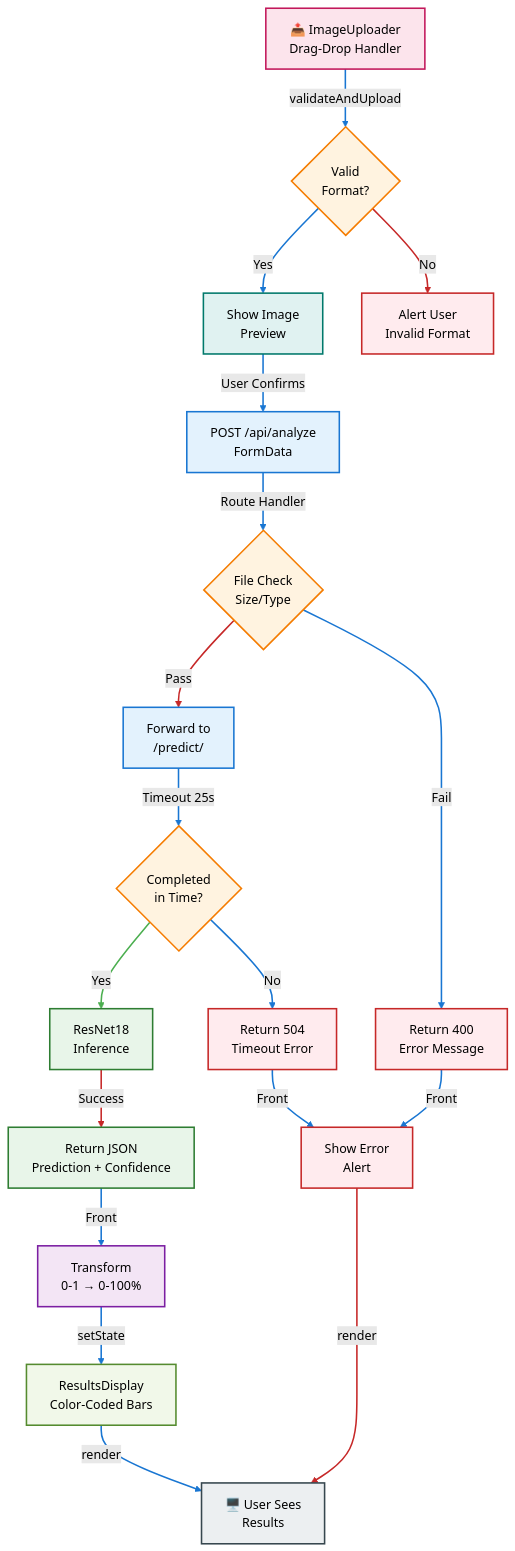
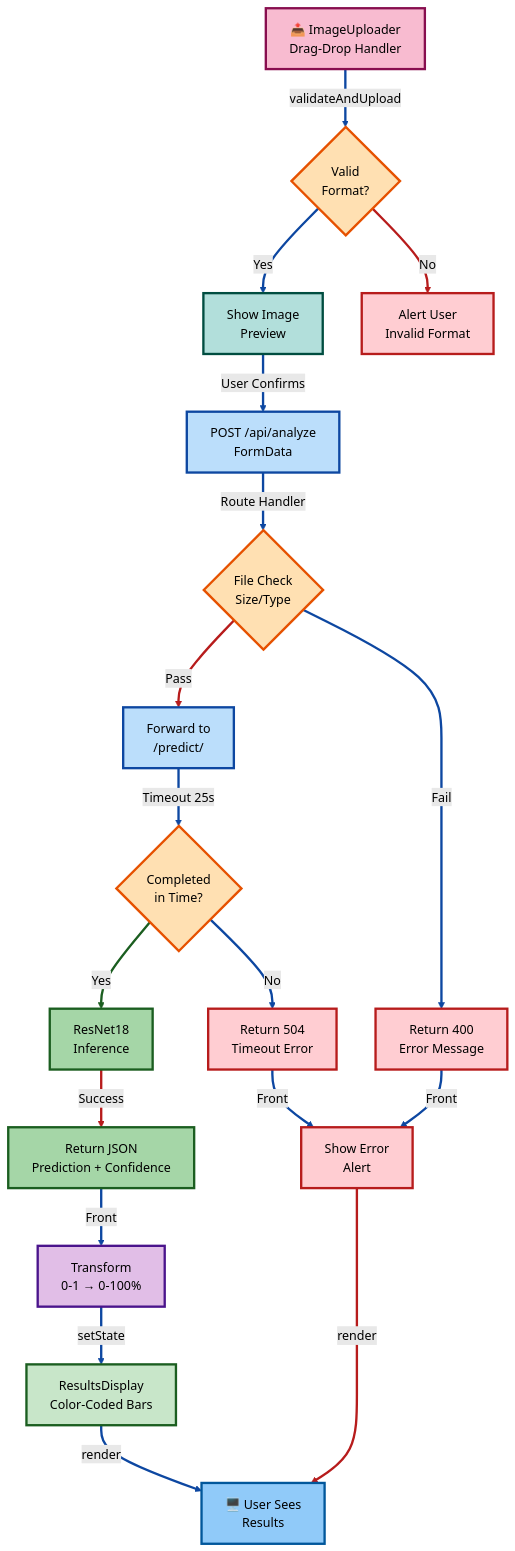
Before and after one commit to itssmdsh/MediScan: the fourth of 9 diagrams in DOCUMENTATION.md, drawn with Mermaid (forest theme). The commit also changed other lines of this file, not shown here.

````diff
--- a/DOCUMENTATION.md
+++ b/DOCUMENTATION.md
@@ -288,49 +288,49 @@
 ```mermaid
 graph TD
     ImageUploader["📤 ImageUploader<br/>Drag-Drop Handler"]
     
     ImageUploader -->|validateAndUpload| LocalCheck{"Valid<br/>Format?"}
     LocalCheck -->|Yes| DisplayPreview["Show Image<br/>Preview"]
     LocalCheck -->|No| ShowAlert["Alert User<br/>Invalid Format"]
     
     DisplayPreview -->|User Confirms| APICall["POST /api/analyze<br/>FormData"]
     
     APICall -->|Route Handler| FileValidation{"File Check<br/>Size/Type"}
     FileValidation -->|Pass| ForwardAPI["Forward to<br/>/predict/"]
     FileValidation -->|Fail| Return400["Return 400<br/>Error Message"]
     
     ForwardAPI -->|Timeout 25s| TimeoutCheck{"Completed<br/>in Time?"}
     TimeoutCheck -->|Yes| Inference["ResNet18<br/>Inference"]
     TimeoutCheck -->|No| Return504["Return 504<br/>Timeout Error"]
     
     Inference -->|Success| ReturnJSON["Return JSON<br/>Prediction + Confidence"]
     
     ReturnJSON -->|Front| Transform["Transform<br/>0-1 → 0-100%"]
     Return400 -->|Front| ShowError["Show Error<br/>Alert"]
     Return504 -->|Front| ShowError
     
     Transform -->|setState| Display["ResultsDisplay<br/>Color-Coded Bars"]
     Display -->|render| Browser["🖥️ User Sees<br/>Results"]
     ShowError -->|render| Browser
     
-    style ImageUploader fill:#fce4ec,stroke:#c2185b,stroke-width:2px
-    style LocalCheck fill:#fff3e0,stroke:#f57c00,stroke-width:2px
-    style FileValidation fill:#fff3e0,stroke:#f57c00,stroke-width:2px
-    style TimeoutCheck fill:#fff3e0,stroke:#f57c00,stroke-width:2px
-    style DisplayPreview fill:#e0f2f1,stroke:#00796b,stroke-width:2px
-    style ShowAlert fill:#ffebee,stroke:#c62828,stroke-width:2px
-    style APICall fill:#e3f2fd,stroke:#1976d2,stroke-width:2px
-    style ForwardAPI fill:#e3f2fd,stroke:#1976d2,stroke-width:2px
-    style Inference fill:#e8f5e9,stroke:#2e7d32,stroke-width:2px
-    style ReturnJSON fill:#e8f5e9,stroke:#2e7d32,stroke-width:2px
-    style Return400 fill:#ffebee,stroke:#c62828,stroke-width:2px
-    style Return504 fill:#ffebee,stroke:#c62828,stroke-width:2px
-    style Transform fill:#f3e5f5,stroke:#7b1fa2,stroke-width:2px
-    style Display fill:#f1f8e9,stroke:#558b2f,stroke-width:2px
-    style Browser fill:#eceff1,stroke:#37474f,stroke-width:2px
-    style ShowError fill:#ffebee,stroke:#c62828,stroke-width:2px
+    style ImageUploader fill:#f8bbd0,stroke:#880e4f,stroke-width:3px,color:#000
+    style LocalCheck fill:#ffe0b2,stroke:#e65100,stroke-width:3px,color:#000
+    style FileValidation fill:#ffe0b2,stroke:#e65100,stroke-width:3px,color:#000
+    style TimeoutCheck fill:#ffe0b2,stroke:#e65100,stroke-width:3px,color:#000
+    style DisplayPreview fill:#b2dfdb,stroke:#004d40,stroke-width:3px,color:#000
+    style ShowAlert fill:#ffcdd2,stroke:#b71c1c,stroke-width:3px,color:#000
+    style APICall fill:#bbdefb,stroke:#0d47a1,stroke-width:3px,color:#000
+    style ForwardAPI fill:#bbdefb,stroke:#0d47a1,stroke-width:3px,color:#000
+    style Inference fill:#a5d6a7,stroke:#1b5e20,stroke-width:3px,color:#000
+    style ReturnJSON fill:#a5d6a7,stroke:#1b5e20,stroke-width:3px,color:#000
+    style Return400 fill:#ffcdd2,stroke:#b71c1c,stroke-width:3px,color:#000
+    style Return504 fill:#ffcdd2,stroke:#b71c1c,stroke-width:3px,color:#000
+    style Transform fill:#e1bee7,stroke:#4a148c,stroke-width:3px,color:#000
+    style Display fill:#c8e6c9,stroke:#1b5e20,stroke-width:3px,color:#000
+    style Browser fill:#90caf9,stroke:#01579b,stroke-width:3px,color:#000
+    style ShowError fill:#ffcdd2,stroke:#b71c1c,stroke-width:3px,color:#000
     
-    linkStyle 0,1,2,3,4,5,6,7,8,9,10,11,12,13,14,15,16 stroke:#1976d2,stroke-width:2px
-    linkStyle 2,5,10,16 stroke:#c62828,stroke-width:2px
-    linkStyle 8 stroke:#4caf50,stroke-width:2px
+    linkStyle 0,1,2,3,4,5,6,7,8,9,10,11,12,13,14,15,16 stroke:#0d47a1,stroke-width:3px
+    linkStyle 2,5,10,16 stroke:#b71c1c,stroke-width:3px
+    linkStyle 8 stroke:#1b5e20,stroke-width:3px
 ```
````
